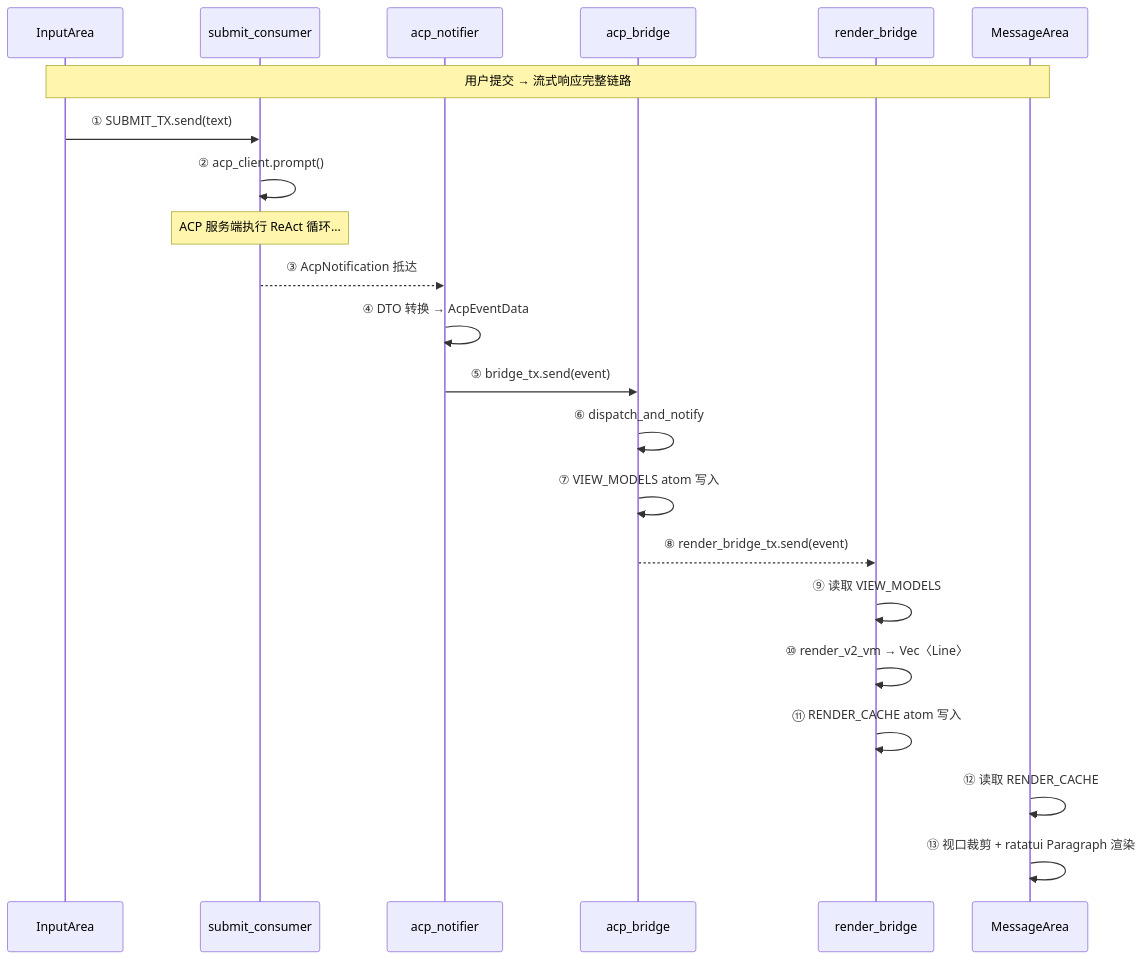
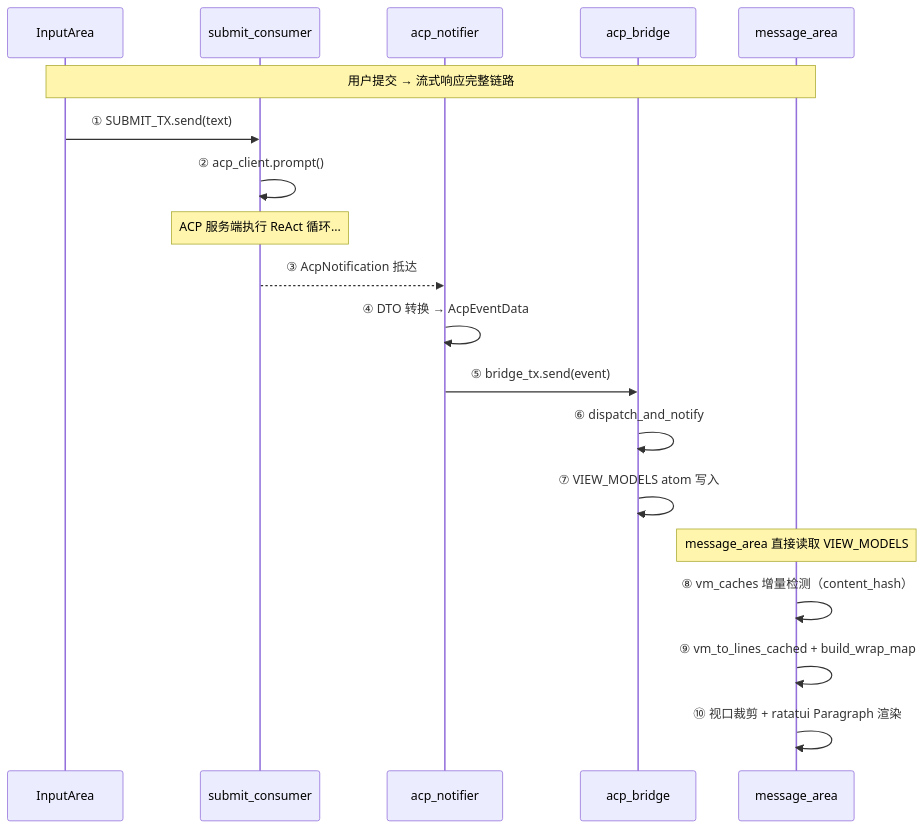
The second of 9 diagrams in docs/design/tui-acp-data-flow.md (KonghaYao/peri), drawn with Mermaid before and after one commit. The commit also changed other lines of this file and 22 other files, not shown here.

````diff
--- a/docs/design/tui-acp-data-flow.md
+++ b/docs/design/tui-acp-data-flow.md
@@ -104,29 +109,25 @@
 ```mermaid
 sequenceDiagram
     participant INPUT as InputArea
     participant SUBMIT as submit_consumer
     participant NOTIFIER as acp_notifier
     participant BRIDGE as acp_bridge
-    participant RENDER as render_bridge
-    participant MSG as MessageArea
+    participant MSG as message_area
 
     Note over INPUT,MSG: 用户提交 → 流式响应完整链路
 
     INPUT->>SUBMIT: ① SUBMIT_TX.send(text)
     SUBMIT->>SUBMIT: ② acp_client.prompt()
     Note over SUBMIT: ACP 服务端执行 ReAct 循环...
 
     SUBMIT-->>NOTIFIER: ③ AcpNotification 抵达
     NOTIFIER->>NOTIFIER: ④ DTO 转换 → AcpEventData
     NOTIFIER->>BRIDGE: ⑤ bridge_tx.send(event)
     BRIDGE->>BRIDGE: ⑥ dispatch_and_notify
     BRIDGE->>BRIDGE: ⑦ VIEW_MODELS atom 写入
 
-    BRIDGE-->>RENDER: ⑧ render_bridge_tx.send(event)
-    RENDER->>RENDER: ⑨ 读取 VIEW_MODELS
-    RENDER->>RENDER: ⑩ render_v2_vm → Vec〈Line〉
-    RENDER->>RENDER: ⑪ RENDER_CACHE atom 写入
-
-    MSG->>MSG: ⑫ 读取 RENDER_CACHE
-    MSG->>MSG: ⑬ 视口裁剪 + ratatui Paragraph 渲染
+    Note over MSG: message_area 直接读取 VIEW_MODELS
+    MSG->>MSG: ⑧ vm_caches 增量检测（content_hash）
+    MSG->>MSG: ⑨ vm_to_lines_cached + build_wrap_map
+    MSG->>MSG: ⑩ 视口裁剪 + ratatui Paragraph 渲染
 ```
````
